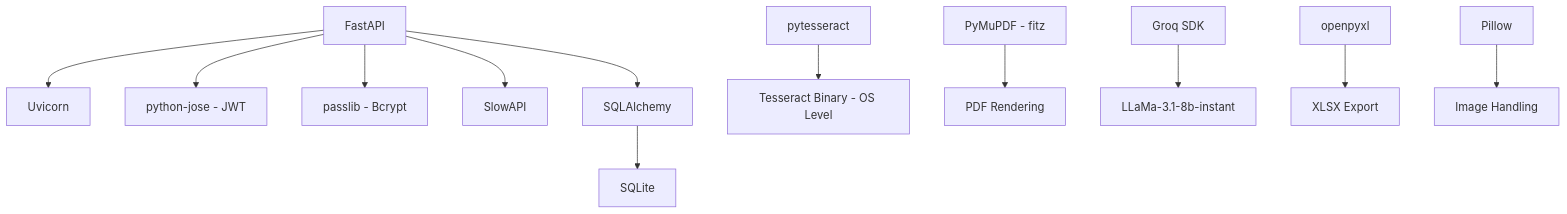
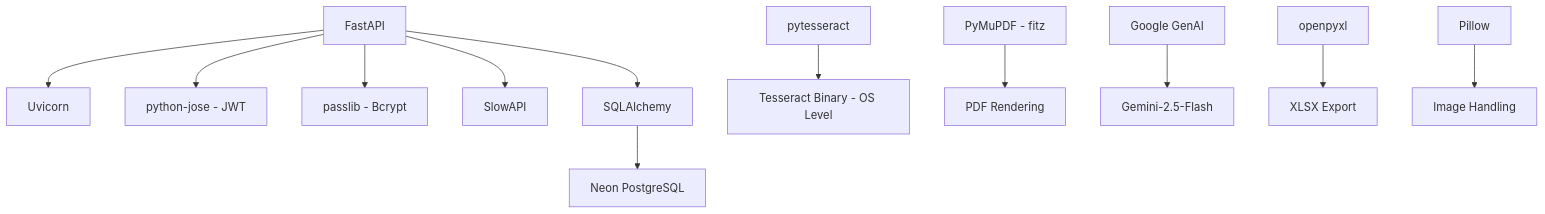
One commit to VRCHAMPION/gst_invoice_scanner changed the fourth of 4 diagrams in ARCHITECTURE.md. Above: the diagram before and after it, drawn with Mermaid. The commit also changed other lines of this file and 2 other files, not shown here.

Commit message:
docs: strip obsolete groq/llama remnants and full align with deployed gemini/neon architecture

````diff
--- a/ARCHITECTURE.md
+++ b/ARCHITECTURE.md
@@ -229,14 +229,14 @@
 ```mermaid
 graph TD
     A[FastAPI] --> B[Uvicorn]
     A --> C[python-jose - JWT]
     A --> D[passlib - Bcrypt]
     A --> E[SlowAPI]
     A --> F[SQLAlchemy]
-    F --> G[SQLite]
+    F --> G[Neon PostgreSQL]
     H[pytesseract] --> I[Tesseract Binary - OS Level]
     J[PyMuPDF - fitz] --> K[PDF Rendering]
-    L[Groq SDK] --> M[LLaMa-3.1-8b-instant]
+    L[Google GenAI] --> M[Gemini-2.5-Flash]
     N[openpyxl] --> O[XLSX Export]
     P[Pillow] --> Q[Image Handling]
 ```
````
